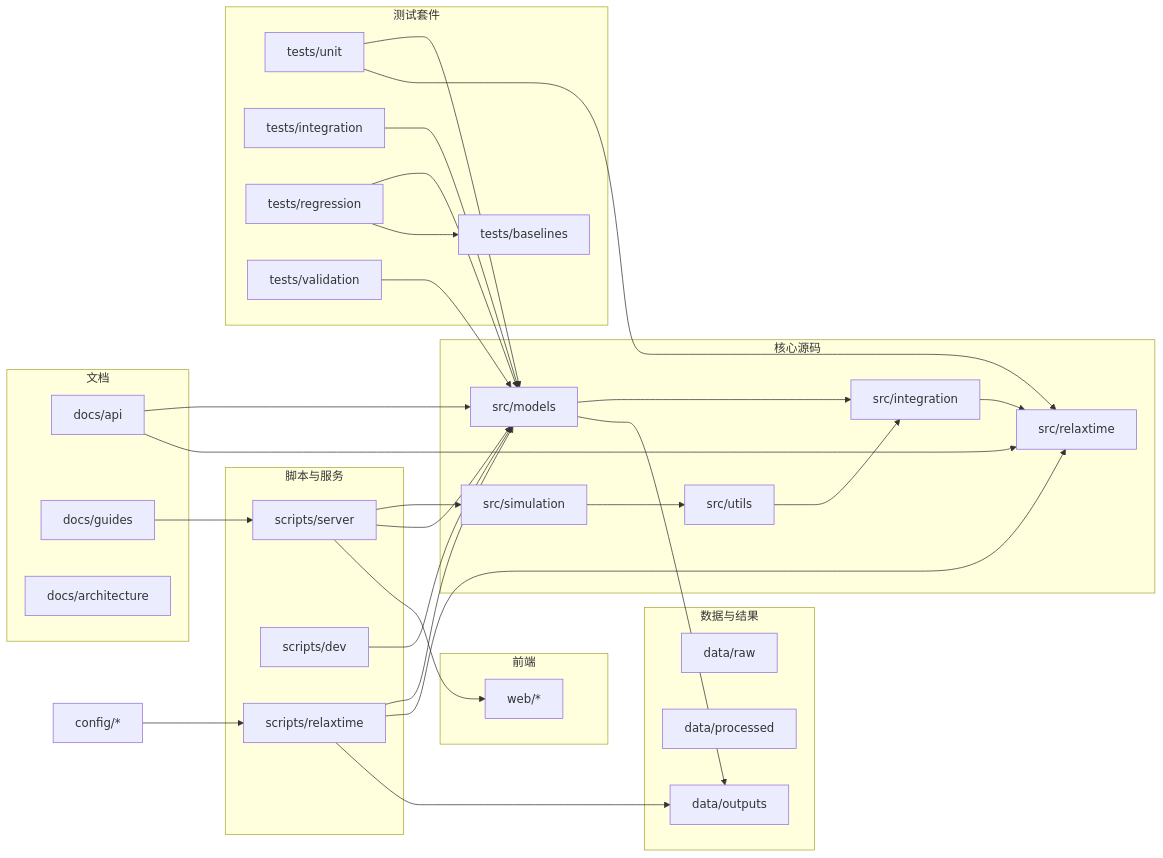
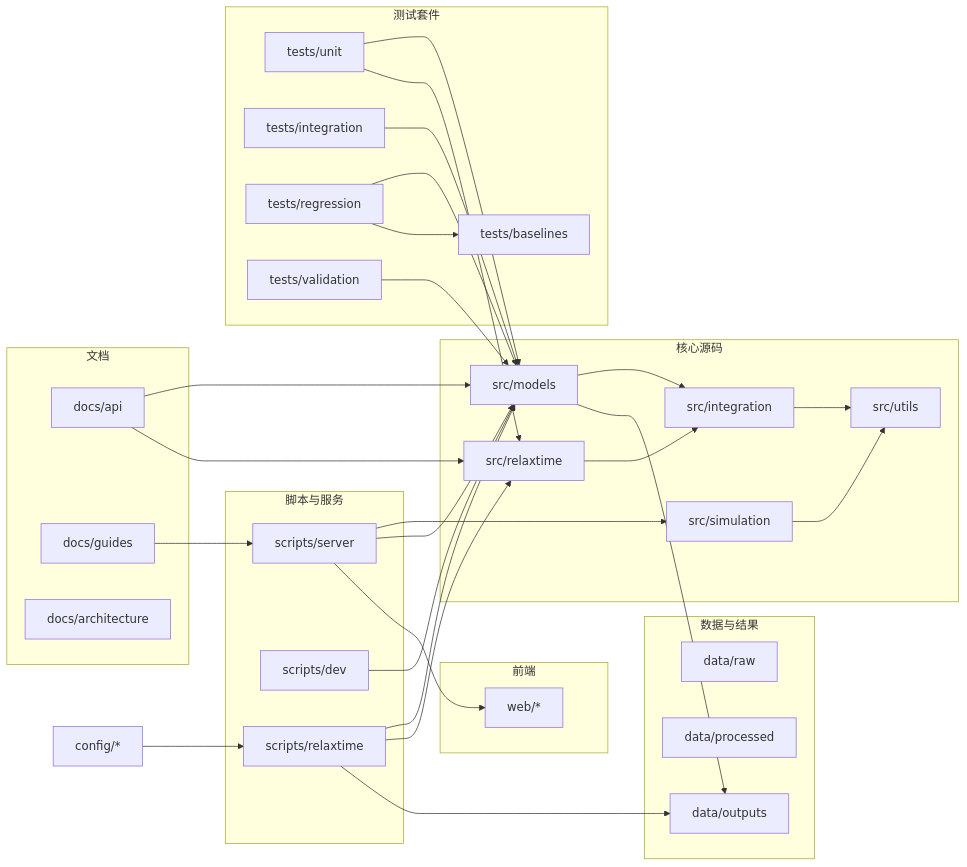
One commit to w5851/Julia_RelaxTime changed the first of 3 diagrams in docs/architecture/dependencies.manual.md. Above: the diagram before and after it, drawn with Mermaid. The commit also changed other lines of this file and 99 other files, not shown here.

````diff
--- a/docs/architecture/dependencies.manual.md
+++ b/docs/architecture/dependencies.manual.md
@@ -3,70 +3,70 @@
 ```mermaid
 flowchart LR
   subgraph Data[数据与结果]
     data_raw[data/raw]
     data_processed[data/processed]
     data_outputs[data/outputs]
   end
 
   subgraph Docs[文档]
     docs_api[docs/api]
     docs_guides[docs/guides]
     docs_arch[docs/architecture]
   end
 
   subgraph Source[核心源码]
     src_models[src/models]
     src_utils[src/utils]
     src_integration[src/integration]
     src_simulation[src/simulation]
     src_relaxtime[src/relaxtime]
   end
 
   subgraph Scripts[脚本与服务]
     scripts_server[scripts/server]
     scripts_dev[scripts/dev]
     scripts_relaxtime[scripts/relaxtime]
   end
 
   subgraph Tests[测试套件]
     tests_unit[tests/unit]
     tests_integration[tests/integration]
     tests_regression[tests/regression]
     tests_validation[tests/validation]
     tests_baselines[tests/baselines]
   end
 
   subgraph Web[前端]
     web_static[web/*]
   end
 
   config[config/*]
 
-  src_utils --> src_integration
+  src_integration --> src_utils
   src_models --> src_integration
-  src_integration --> src_relaxtime
+  src_relaxtime --> src_integration
   src_simulation --> src_utils
 
   scripts_server --> src_simulation
   scripts_server --> src_models
   scripts_server --> web_static
   scripts_relaxtime --> src_models
   scripts_relaxtime --> src_relaxtime
   scripts_dev --> src_models
 
   docs_api --> src_models
   docs_api --> src_relaxtime
   docs_guides --> scripts_server
 
   src_models --> data_outputs
   scripts_relaxtime --> data_outputs
 
   tests_unit --> src_models
   tests_unit --> src_relaxtime
   tests_integration --> src_models
   tests_regression --> src_models
   tests_regression --> tests_baselines
   tests_validation --> src_models
 
   config --> scripts_relaxtime
 ```
````
